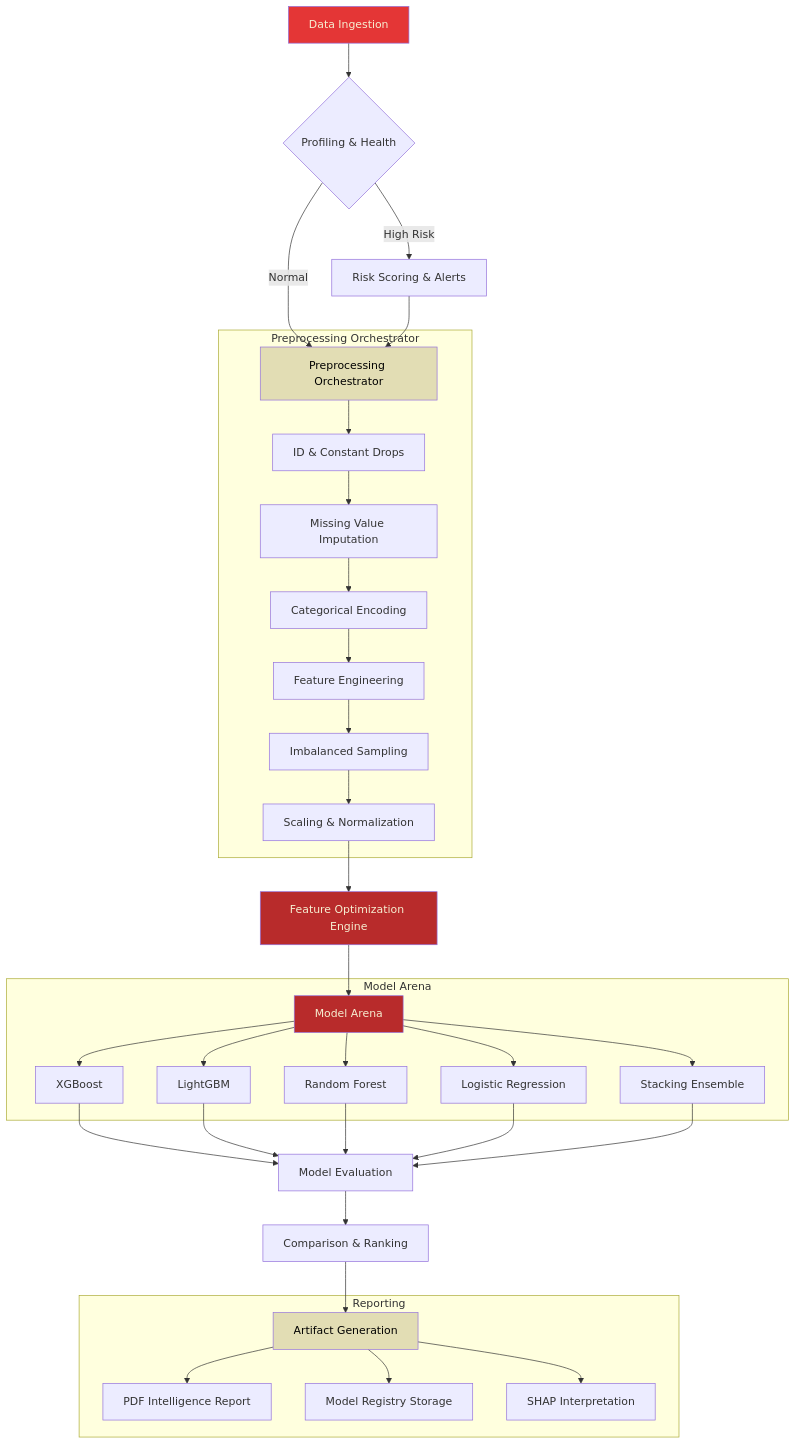
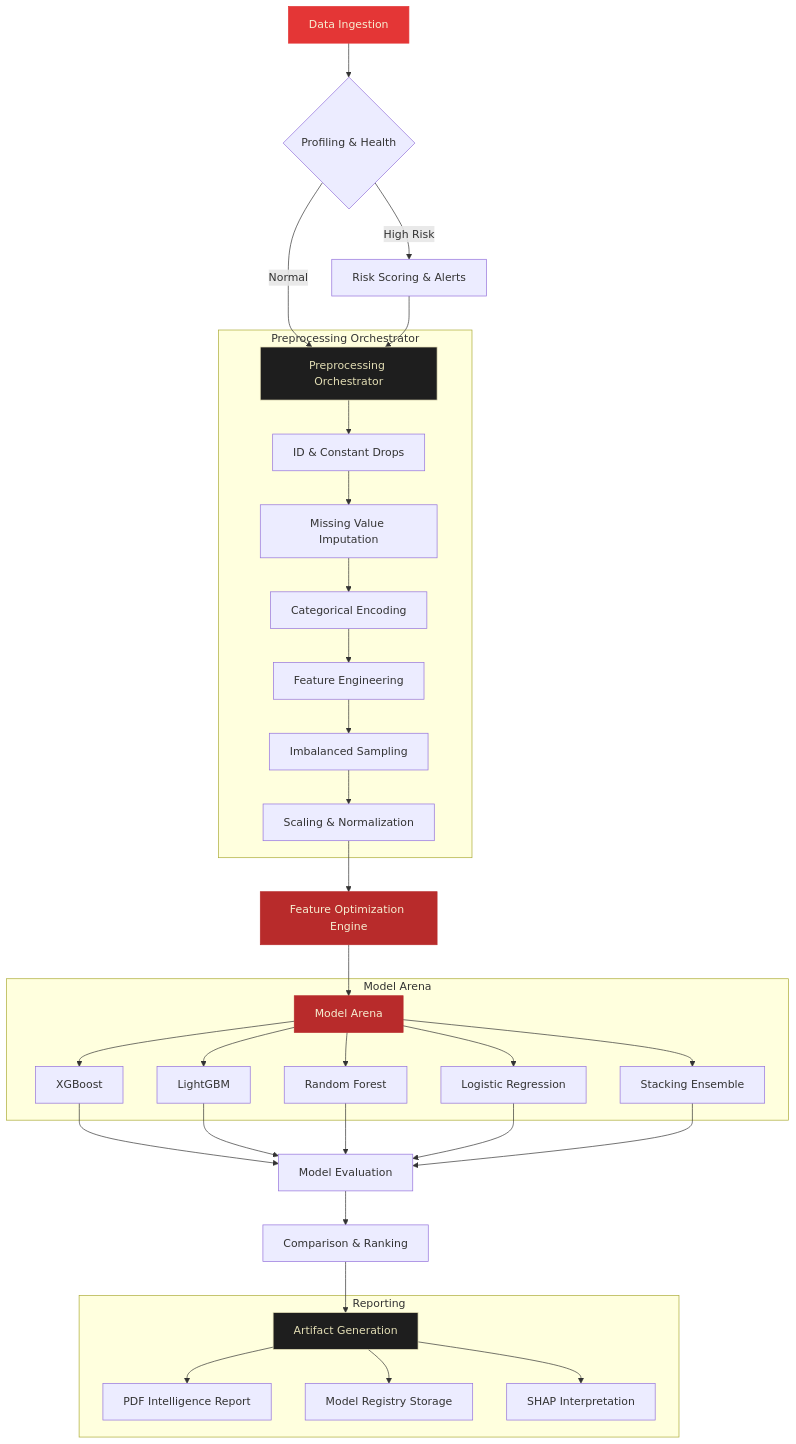
Before and after one commit to GhulamMuhammadNabeel/OctoLearn: the first of 2 diagrams in docs/architecture.md, drawn with Mermaid. The commit also changed 7 other files, not shown here.

````diff
--- a/docs/architecture.md
+++ b/docs/architecture.md
@@ -13,44 +13,44 @@
 ```mermaid
 graph TD
     A[Data Ingestion] --> B{Profiling & Health};
     B -->|High Risk| C[Risk Scoring & Alerts];
     B -->|Normal| D[Preprocessing Orchestrator];
     C --> D;
     
     subgraph "Preprocessing Orchestrator"
     D --> D1[ID & Constant Drops];
     D1 --> D2[Missing Value Imputation];
     D2 --> D3[Categorical Encoding];
     D3 --> D4[Feature Engineering];
     D4 --> D4a[Imbalanced Sampling];
     D4a --> D5[Scaling & Normalization];
     end
     
     D5 --> E0[Feature Optimization Engine];
     E0 --> E[Model Arena];
     
     subgraph "Model Arena"
     E --> E1[XGBoost];
     E --> E2[LightGBM];
     E --> E3[Random Forest];
     E --> E4[Logistic Regression];
     E --> E5[Stacking Ensemble];
     end
     
     E1 & E2 & E3 & E4 & E5 --> F[Model Evaluation];
     F --> G[Comparison & Ranking];
     G --> H[Artifact Generation];
     
     subgraph "Reporting"
     H --> H1[PDF Intelligence Report];
     H --> H2[Model Registry Storage];
     H --> H3[SHAP Interpretation];
     end
 
     %% Theme Styling
-    style A fill:#E43636,color:#F6EFD2
-    style E0 fill:#b82b2b,color:#F6EFD2
-    style E fill:#b82b2b,color:#F6EFD2
-    style H fill:#E2DDB4,color:#000000
-    style D fill:#E2DDB4,color:#000000
+    style A fill:#E43636,color:#F6EFD2,stroke:#E43636
+    style E0 fill:#b82b2b,color:#F6EFD2,stroke:#b82b2b
+    style E fill:#b82b2b,color:#F6EFD2,stroke:#b82b2b
+    style H fill:#1e1e1e,color:#E2DDB4,stroke:#E2DDB4
+    style D fill:#1e1e1e,color:#E2DDB4,stroke:#E2DDB4
 ```
````
